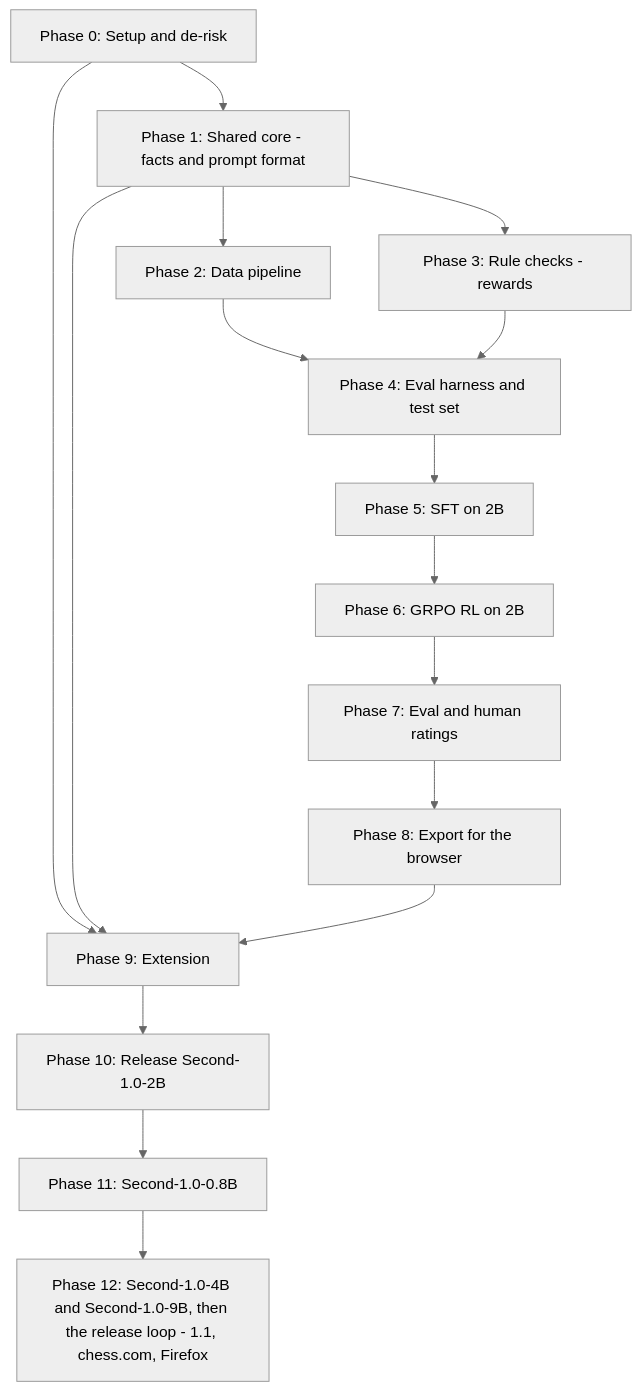
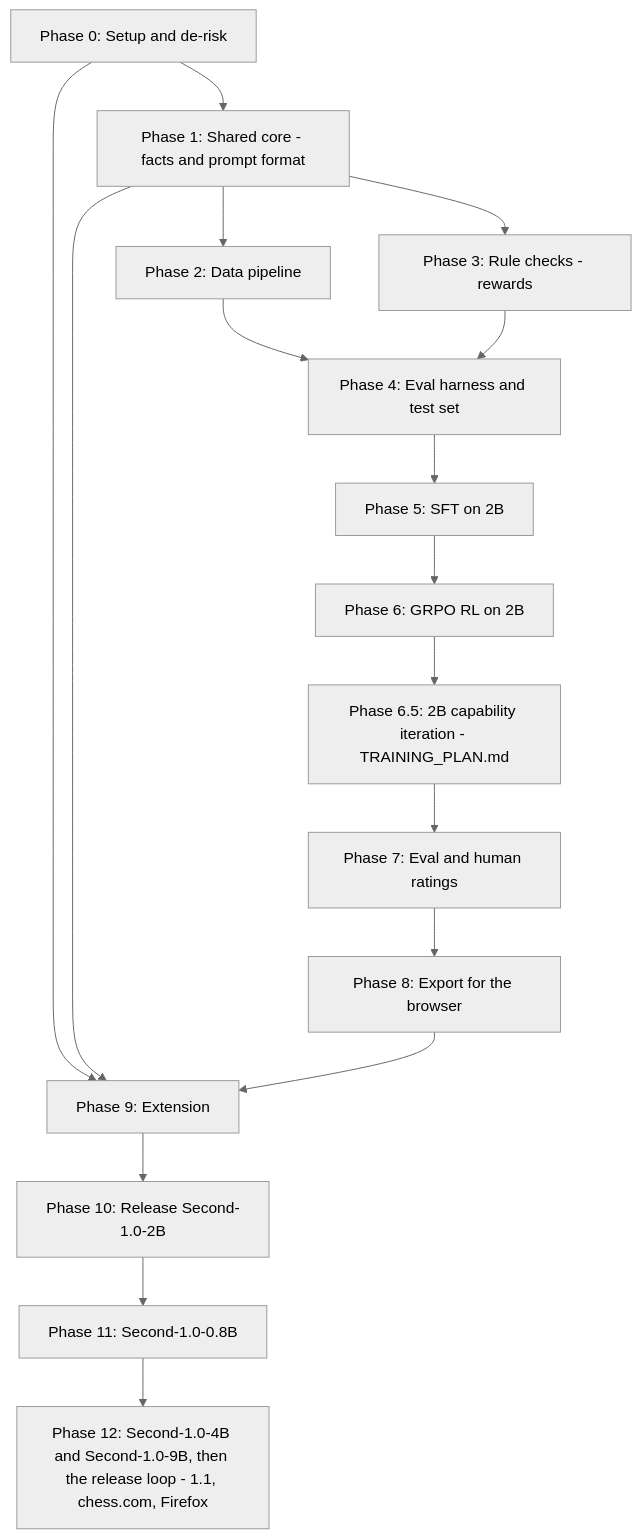
One commit to kleinebossie/second changed the first of 3 diagrams in PLAN.md. Above: the diagram before and after it, drawn with Mermaid (neutral theme). The commit also changed other lines of this file and 1 other file, not shown here.

Commit message:
Add TRAINING_PLAN.md for Phase 6.5 2B capability iteration and update PLAN.md

````diff
--- a/PLAN.md
+++ b/PLAN.md
@@ -43,18 +43,19 @@
 ```mermaid
 flowchart TD
     P0["Phase 0: Setup and de-risk"] --> P1["Phase 1: Shared core - facts and prompt format"]
     P1 --> P2["Phase 2: Data pipeline"]
     P1 --> P3["Phase 3: Rule checks - rewards"]
     P2 --> P4["Phase 4: Eval harness and test set"]
     P3 --> P4
     P4 --> P5["Phase 5: SFT on 2B"]
     P5 --> P6["Phase 6: GRPO RL on 2B"]
-    P6 --> P7["Phase 7: Eval and human ratings"]
+    P6 --> P65["Phase 6.5: 2B capability iteration - TRAINING_PLAN.md"]
+    P65 --> P7["Phase 7: Eval and human ratings"]
     P7 --> P8["Phase 8: Export for the browser"]
     P0 --> P9["Phase 9: Extension"]
     P1 --> P9
     P8 --> P9
     P9 --> P10["Phase 10: Release Second-1.0-2B"]
     P10 --> P11["Phase 11: Second-1.0-0.8B"]
     P11 --> P12["Phase 12: Second-1.0-4B and Second-1.0-9B, then the release loop - 1.1, chess.com, Firefox"]
 ```
````
